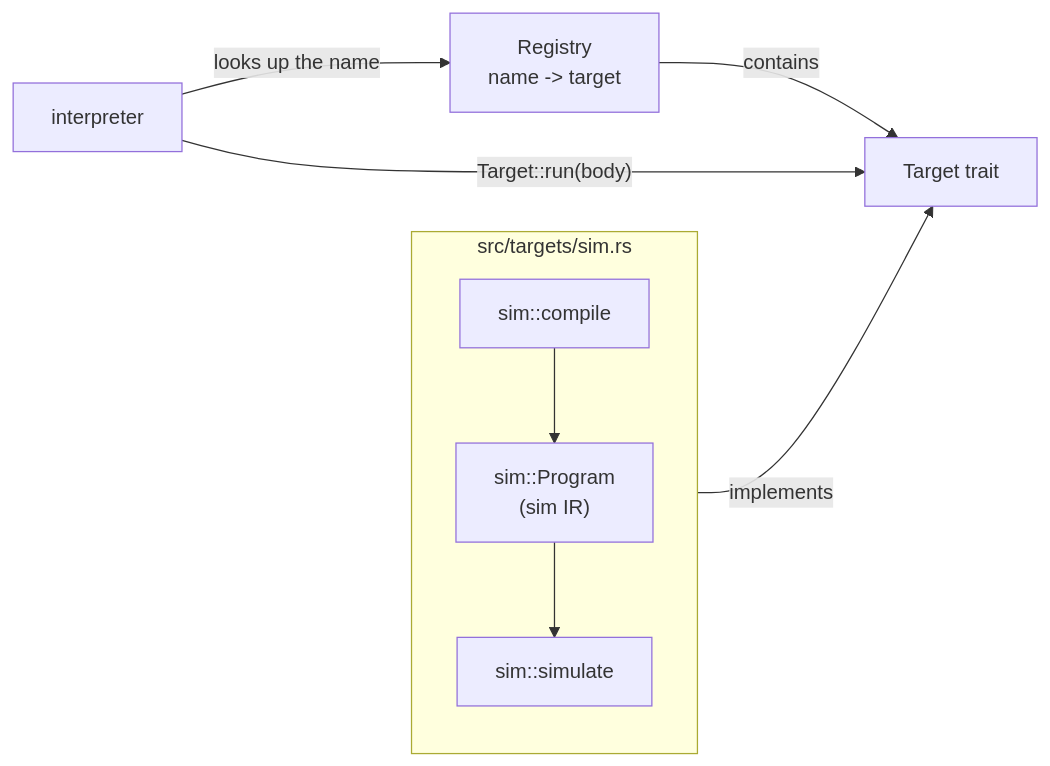
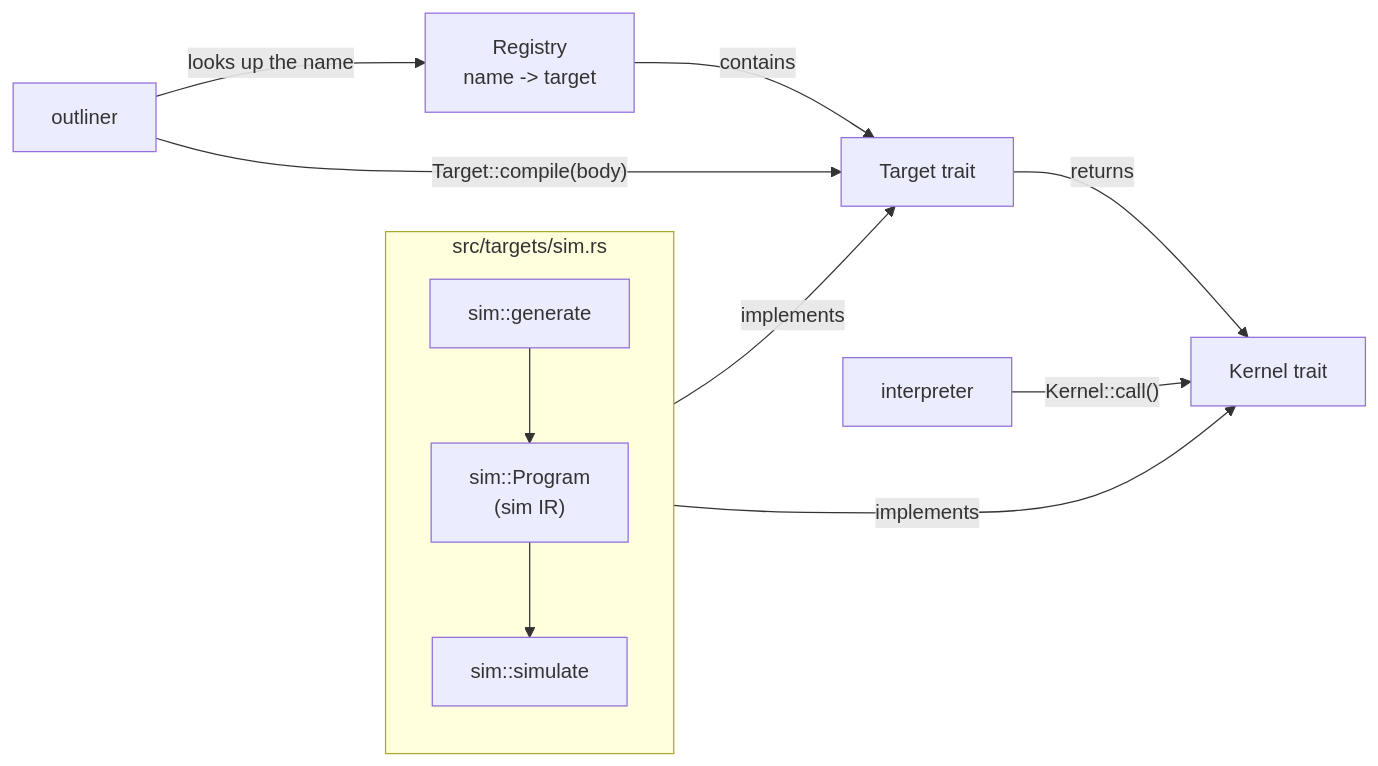
The second of 3 diagrams in docs/architecture.md (damienBloch/qlc), drawn with Mermaid before and after one commit. The commit also changed other lines of this file and 7 other files, not shown here.

````diff
--- a/docs/architecture.md
+++ b/docs/architecture.md
@@ -45,17 +61,22 @@
 ```mermaid
 flowchart LR
+    outliner["outliner"]
     interpreter["interpreter"]
-    trait["Target trait"]
     registry["Registry<br/>name -> target"]
+    target["Target trait"]
+    kernel["Kernel trait"]
     subgraph sim["src/targets/sim.rs"]
-        compile["sim::compile"]
+        generate["sim::generate"]
         ir["sim::Program<br/>(sim IR)"]
         simulate["sim::simulate"]
-        compile --> ir --> simulate
+        generate --> ir --> simulate
     end
 
-    interpreter -- "looks up the name" --> registry
-    registry -- "contains" --> trait
-    interpreter -- "Target::run(body)" --> trait
-    sim -- "implements" --> trait
+    outliner -- "looks up the name" --> registry
+    registry -- "contains" --> target
+    outliner -- "Target::compile(body)" --> target
+    target -- "returns" --> kernel
+    interpreter -- "Kernel::call()" --> kernel
+    sim -- "implements" --> target
+    sim -- "implements" --> kernel
 ```
````
